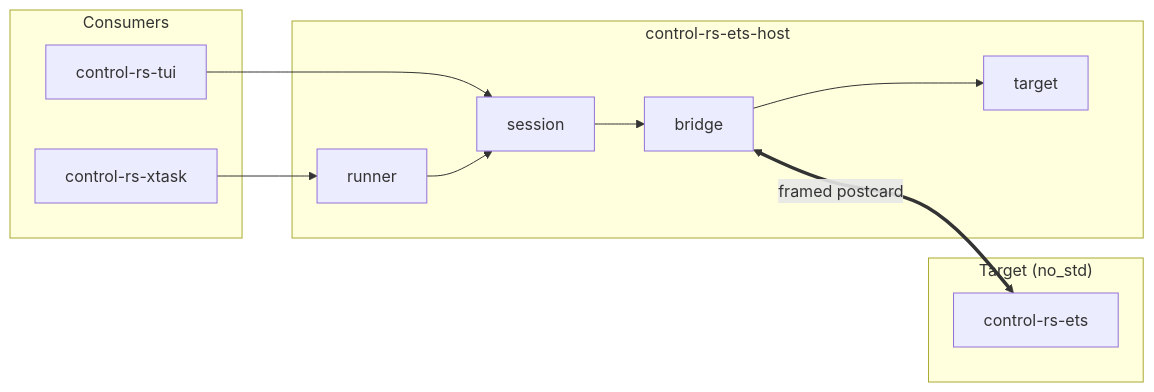
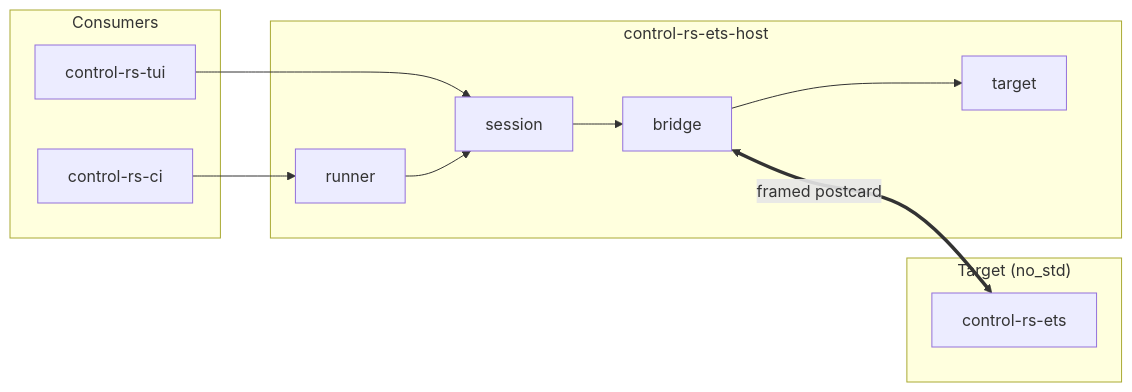
Before and after one commit to Dyse-Industries/control-rs: the diagram in documentation/ets-host/ets-host-design.md, drawn with Mermaid. The commit also changed other lines of this file and 73 other files, not shown here.

````diff
--- a/documentation/ets-host/ets-host-design.md
+++ b/documentation/ets-host/ets-host-design.md
@@ -118,23 +118,23 @@
 ```mermaid
 flowchart LR
     subgraph Consumers
         tui["control-rs-tui"]
-        ci["control-rs-xtask"]
+        ci["control-rs-ci"]
     end
     subgraph Host ["control-rs-ets-host"]
         runner["runner"]
         session["session"]
         bridge["bridge"]
         target["target"]
     end
     subgraph Device ["Target (no_std)"]
         ets["control-rs-ets"]
     end
 
     tui --> session
     ci --> runner
     runner --> session
     session --> bridge
     bridge --> target
     bridge <==>|framed postcard| ets
 ```
````
